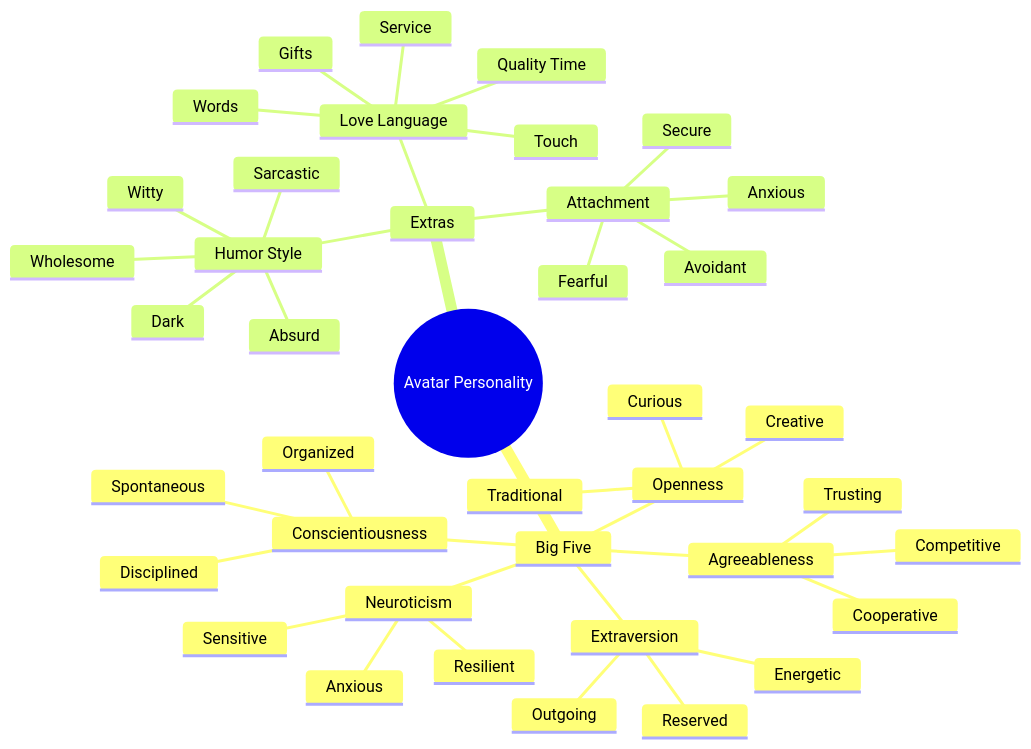
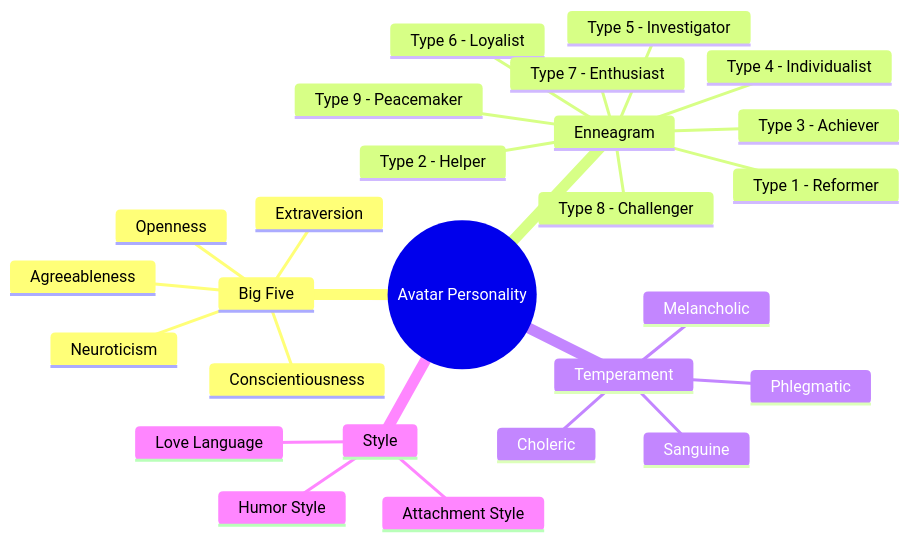
Before and after one commit to gabrielmaialva33/viva: the third of 4 diagrams in README.md, drawn with Mermaid. The commit also changed other lines of this file and 32 other files, not shown here.

````diff
--- a/README.md
+++ b/README.md
@@ -177,43 +218,29 @@
 ```mermaid
 mindmap
     root((Avatar Personality))
         Big Five
             Openness
-                Creative
-                Curious
-                Traditional
             Conscientiousness
-                Organized
-                Spontaneous
-                Disciplined
             Extraversion
-                Outgoing
-                Reserved
-                Energetic
             Agreeableness
-                Cooperative
-                Competitive
-                Trusting
             Neuroticism
-                Sensitive
-                Resilient
-                Anxious
-        Extras
+        Enneagram
+            Type 1 - Reformer
+            Type 2 - Helper
+            Type 3 - Achiever
+            Type 4 - Individualist
+            Type 5 - Investigator
+            Type 6 - Loyalist
+            Type 7 - Enthusiast
+            Type 8 - Challenger
+            Type 9 - Peacemaker
+        Temperament
+            Sanguine
+            Choleric
+            Melancholic
+            Phlegmatic
+        Style
             Humor Style
-                Witty
-                Sarcastic
-                Wholesome
-                Dark
-                Absurd
             Love Language
-                Words
-                Quality Time
-                Gifts
-                Touch
-                Service
-            Attachment
-                Secure
-                Anxious
-                Avoidant
-                Fearful
+            Attachment Style
 ```
````
